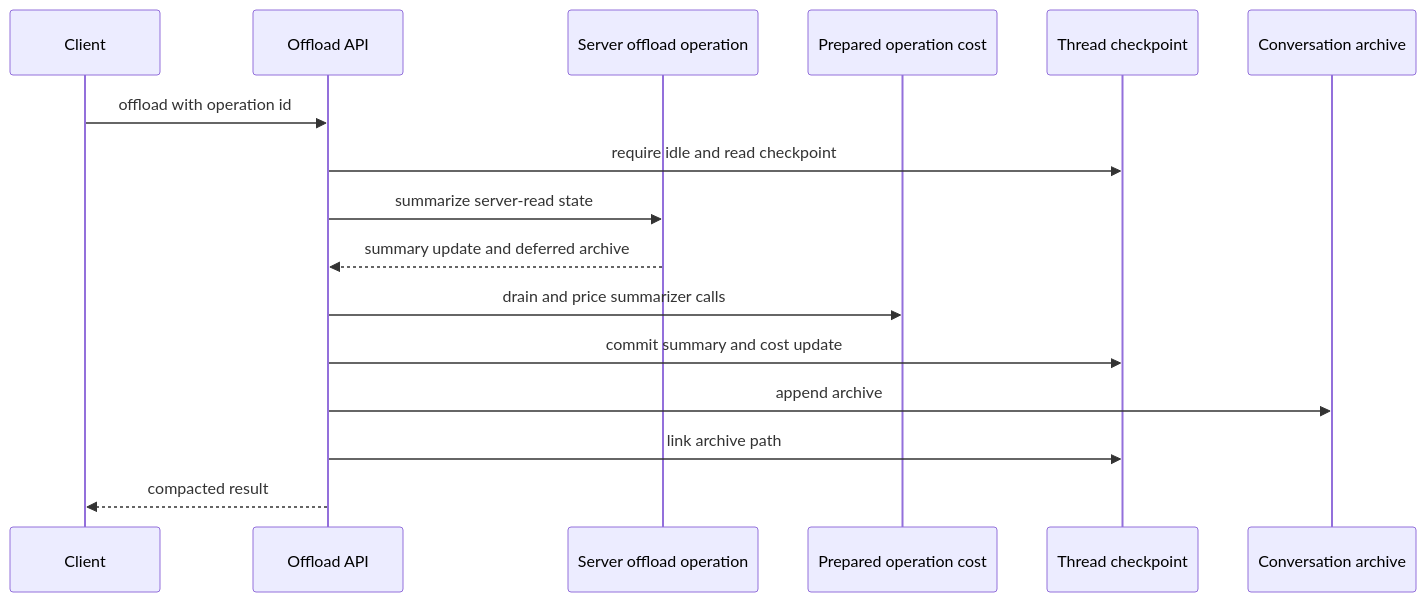
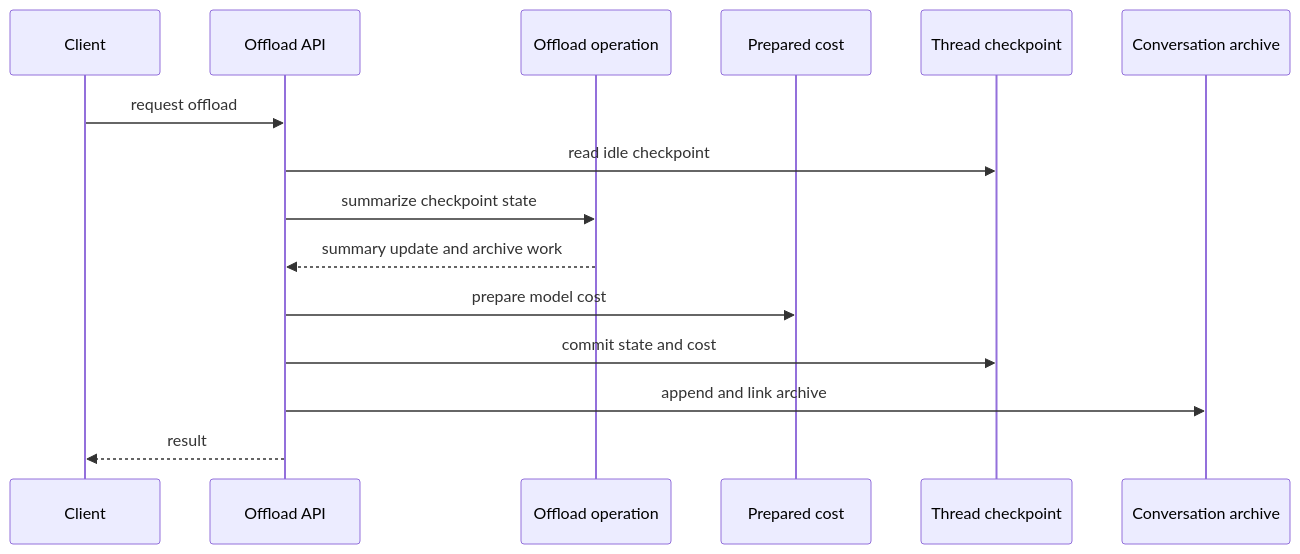
One commit to langchain-ai/deepagents changed the third of 3 diagrams in openwiki/operations/cost-and-sessions.md. Above: the diagram before and after it, drawn with Mermaid. The commit also changed other lines of this file and 67 other files, not shown here.

````diff
--- a/openwiki/operations/cost-and-sessions.md
+++ b/openwiki/operations/cost-and-sessions.md
@@ -180,18 +149,17 @@
 ```mermaid
 sequenceDiagram
-    participant CLI as Client
-    participant API as Offload API
-    participant Graph as Server offload operation
-    participant Ledger as Prepared operation cost
+    participant Client as Client
+    participant Api as Offload API
+    participant Engine as Offload operation
+    participant Ledger as Prepared cost
     participant Store as Thread checkpoint
     participant Archive as Conversation archive
-    CLI->>API: offload with operation id
-    API->>Store: require idle and read checkpoint
-    API->>Graph: summarize server-read state
-    Graph-->>API: summary update and deferred archive
-    API->>Ledger: drain and price summarizer calls
-    API->>Store: commit summary and cost update
-    API->>Archive: append archive
-    API->>Store: link archive path
-    API-->>CLI: compacted result
+    Client->>Api: request offload
+    Api->>Store: read idle checkpoint
+    Api->>Engine: summarize checkpoint state
+    Engine-->>Api: summary update and archive work
+    Api->>Ledger: prepare model cost
+    Api->>Store: commit state and cost
+    Api->>Archive: append and link archive
+    Api-->>Client: result
 ```
````
